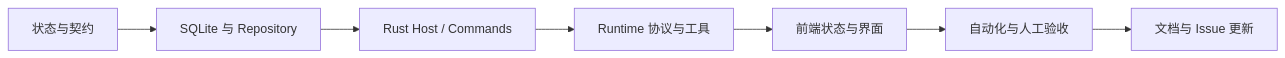
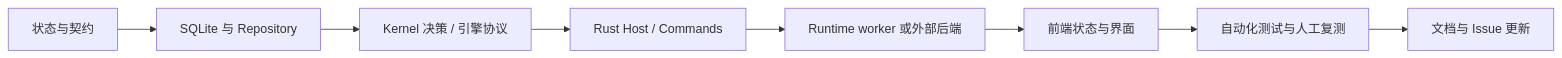
Before and after one commit to Hry1729/Fox-Agent: the diagram in docs/05-开发指南/开发工作流.md, drawn with Mermaid. The commit also changed other lines of this file, not shown here.

````diff
--- a/docs/05-开发指南/开发工作流.md
+++ b/docs/05-开发指南/开发工作流.md
@@ -33,9 +37,10 @@
 ```mermaid
 flowchart LR
   Contract["状态与契约"] --> Data["SQLite 与 Repository"]
-  Data --> Host["Rust Host / Commands"]
-  Host --> Runtime["Runtime 协议与工具"]
+  Data --> Kernel["Kernel 决策 / 引擎协议"]
+  Kernel --> Host["Rust Host / Commands"]
+  Host --> Runtime["Runtime worker 或外部后端"]
   Runtime --> UI["前端状态与界面"]
-  UI --> Verify["自动化与人工验收"]
+  UI --> Verify["自动化测试与人工复测"]
   Verify --> Docs["文档与 Issue 更新"]
 ```
````
